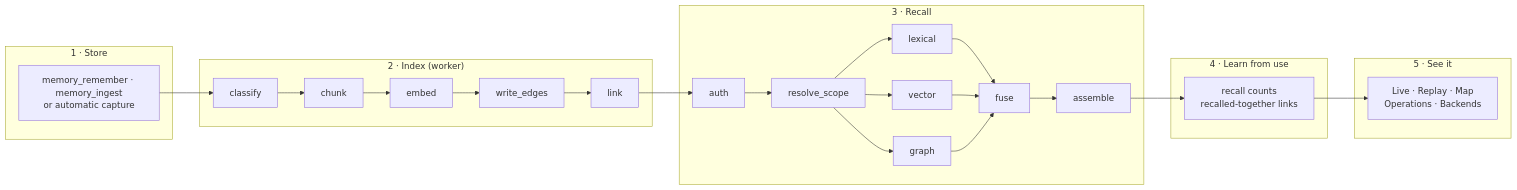
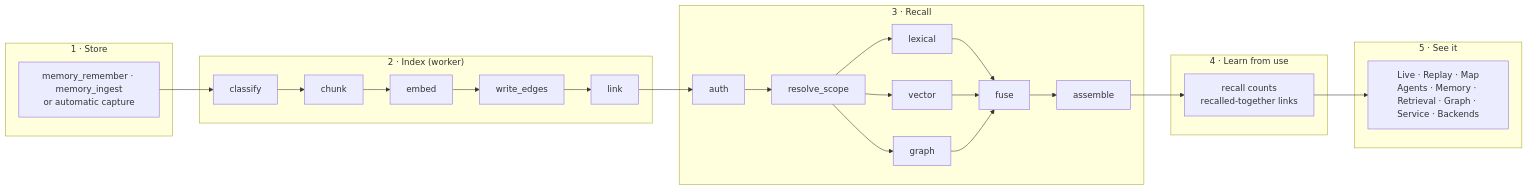
One commit to JIGGAI/albert changed the first of 4 diagrams in README.md. Above: the diagram before and after it, drawn with Mermaid. The commit also changed other lines of this file and 16 other files, not shown here.

````diff
--- a/README.md
+++ b/README.md
@@ -48,28 +48,28 @@
 ```mermaid
 flowchart LR
     subgraph S1["1 · Store"]
         A["memory_remember · memory_ingest<br/>or automatic capture"]
     end
     subgraph S2["2 · Index (worker)"]
         B[classify] --> C[chunk] --> D[embed] --> E[write_edges] --> F[link]
     end
     subgraph S3["3 · Recall"]
         G[auth] --> H[resolve_scope]
         H --> I[lexical]
         H --> J[vector]
         H --> K[graph]
         I --> L[fuse]
         J --> L
         K --> L
         L --> P[assemble]
     end
     subgraph S4["4 · Learn from use"]
         M["recall counts<br/>recalled-together links"]
     end
     subgraph S5["5 · See it"]
-        N["Live · Replay · Map<br/>Operations · Backends"]
+        N["Live · Replay · Map<br/>Agents · Memory · Retrieval · Graph · Service · Backends"]
     end
     A --> B
     F --> G
     P --> M --> N
 ```
````
